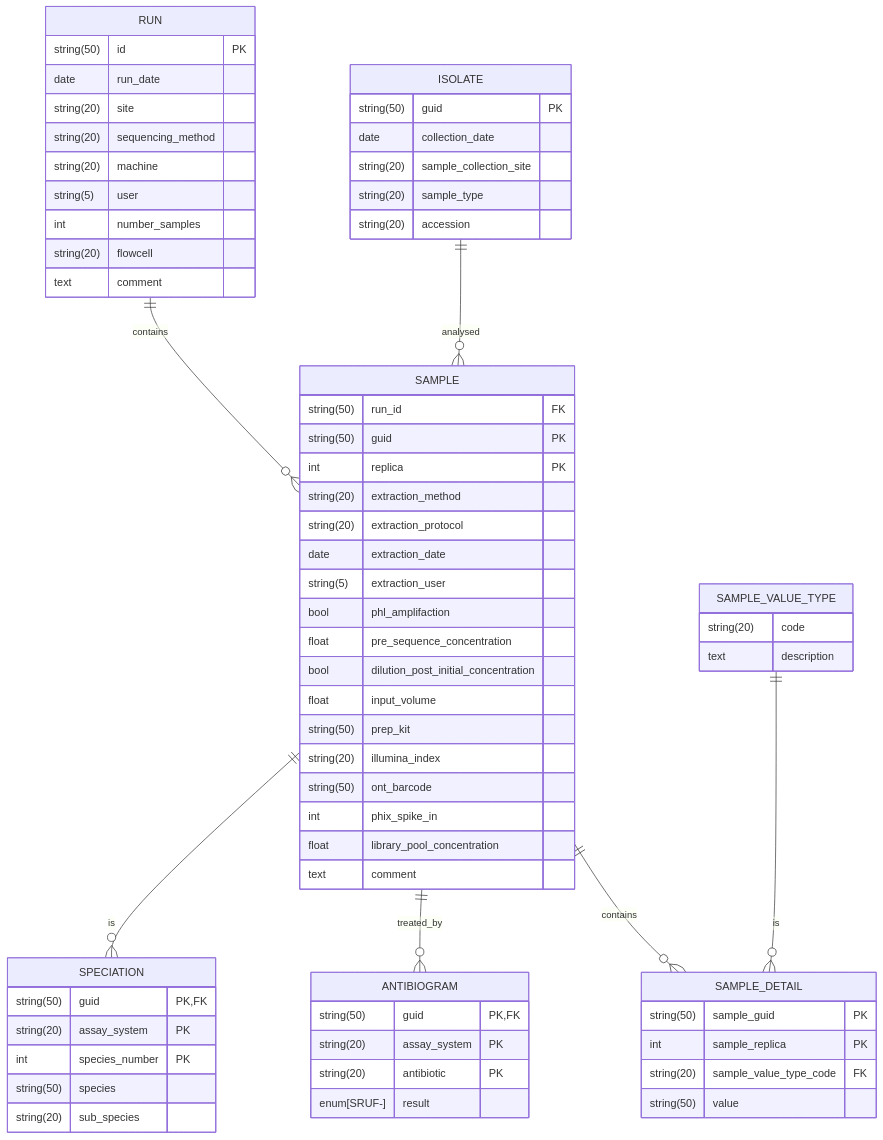
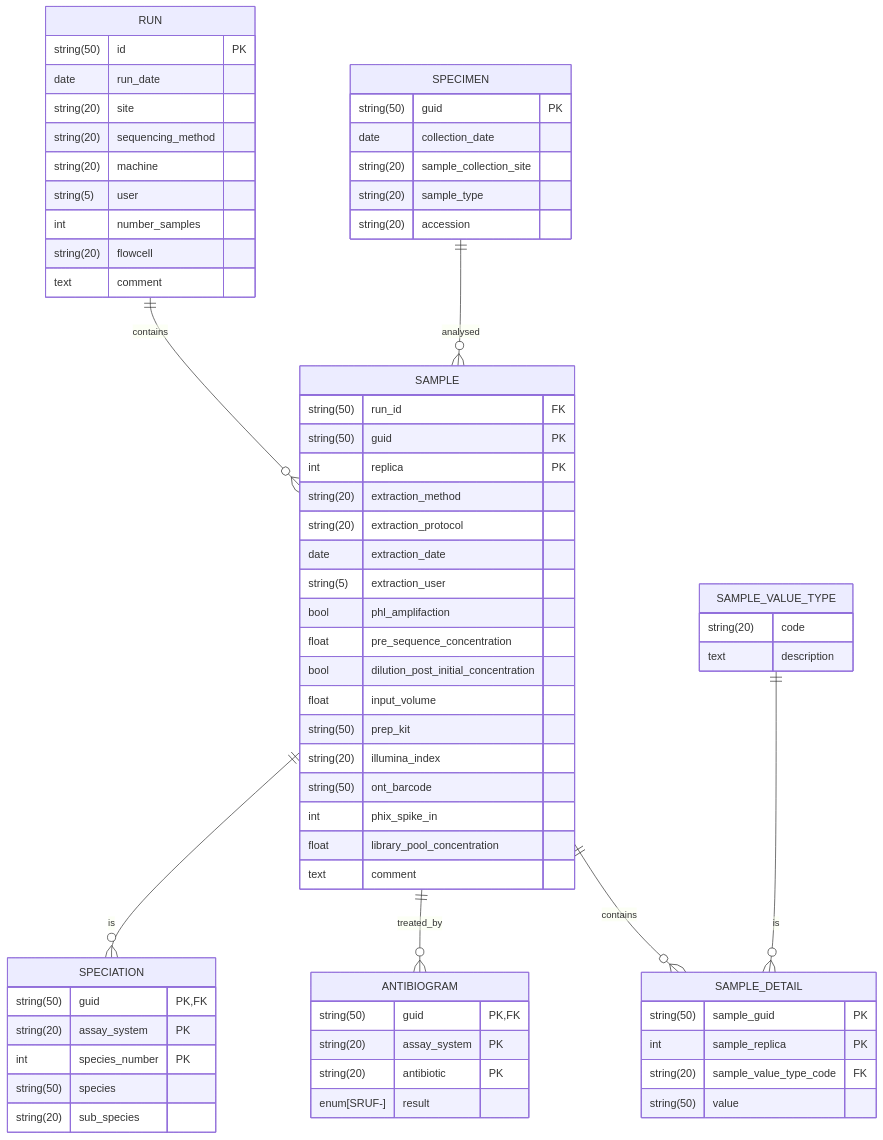
The diagram in docs/database-layout.md (oxfordmmm/gpas_local_db), drawn with Mermaid before and after one commit.

````diff
--- a/docs/database-layout.md
+++ b/docs/database-layout.md
@@ -3,76 +3,76 @@
 ```mermaid
 erDiagram
     RUN {
         string(50) id PK
         date run_date
         string(20) site
         string(20) sequencing_method
         string(20) machine
         string(5) user
         int number_samples
         string(20) flowcell
         text comment
     }
 
-    ISOLATE {
+    SPECIMEN {
         string(50) guid PK
         date collection_date
         string(20) sample_collection_site
         string(20) sample_type
         string(20) accession
     }
 
     SAMPLE {
         string(50) run_id FK
         string(50) guid PK
         int replica PK
         string(20) extraction_method
         string(20) extraction_protocol
         date extraction_date
         string(5) extraction_user
         bool phl_amplifaction
         float pre_sequence_concentration
         bool dilution_post_initial_concentration
         float input_volume
         string(50) prep_kit
         string(20) illumina_index
         string(50) ont_barcode
         int phix_spike_in
         float library_pool_concentration
         text comment
     }
 
     SAMPLE_DETAIL {
         string(50) sample_guid PK
         int sample_replica PK
         string(20) sample_value_type_code FK
         string(50) value
     }
 
     SAMPLE_VALUE_TYPE {
         string(20) code
         text description
     }
 
     SPECIATION {
         string(50) guid PK, FK
         string(20) assay_system PK
         int species_number PK
         string(50) species
         string(20) sub_species
     }
 
     ANTIBIOGRAM {
         string(50) guid PK, FK
         string(20) assay_system PK
         string(20) antibiotic PK
         enum[SRUF-] result
     }
 
     RUN ||--o{ SAMPLE : contains
-    ISOLATE ||--o{ SAMPLE : analysed
+    SPECIMEN ||--o{ SAMPLE : analysed
     SAMPLE ||--o{ SPECIATION : is
     SAMPLE ||--o{ ANTIBIOGRAM : treated_by
     SAMPLE ||--o{ SAMPLE_DETAIL: contains
     SAMPLE_VALUE_TYPE ||--o{ SAMPLE_DETAIL: is
 ```
````
